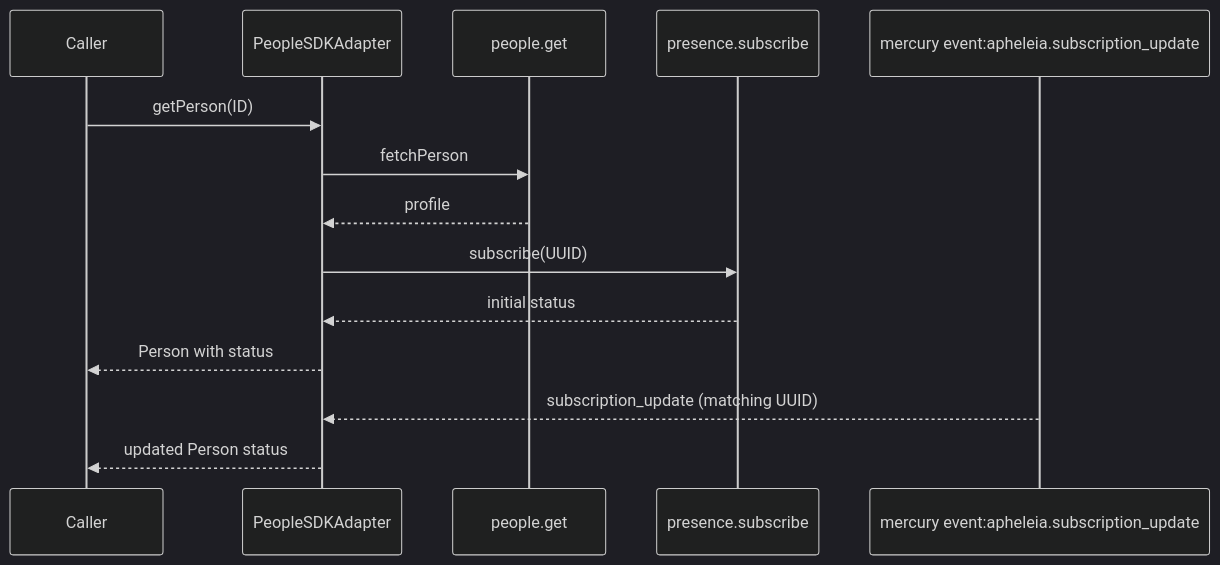
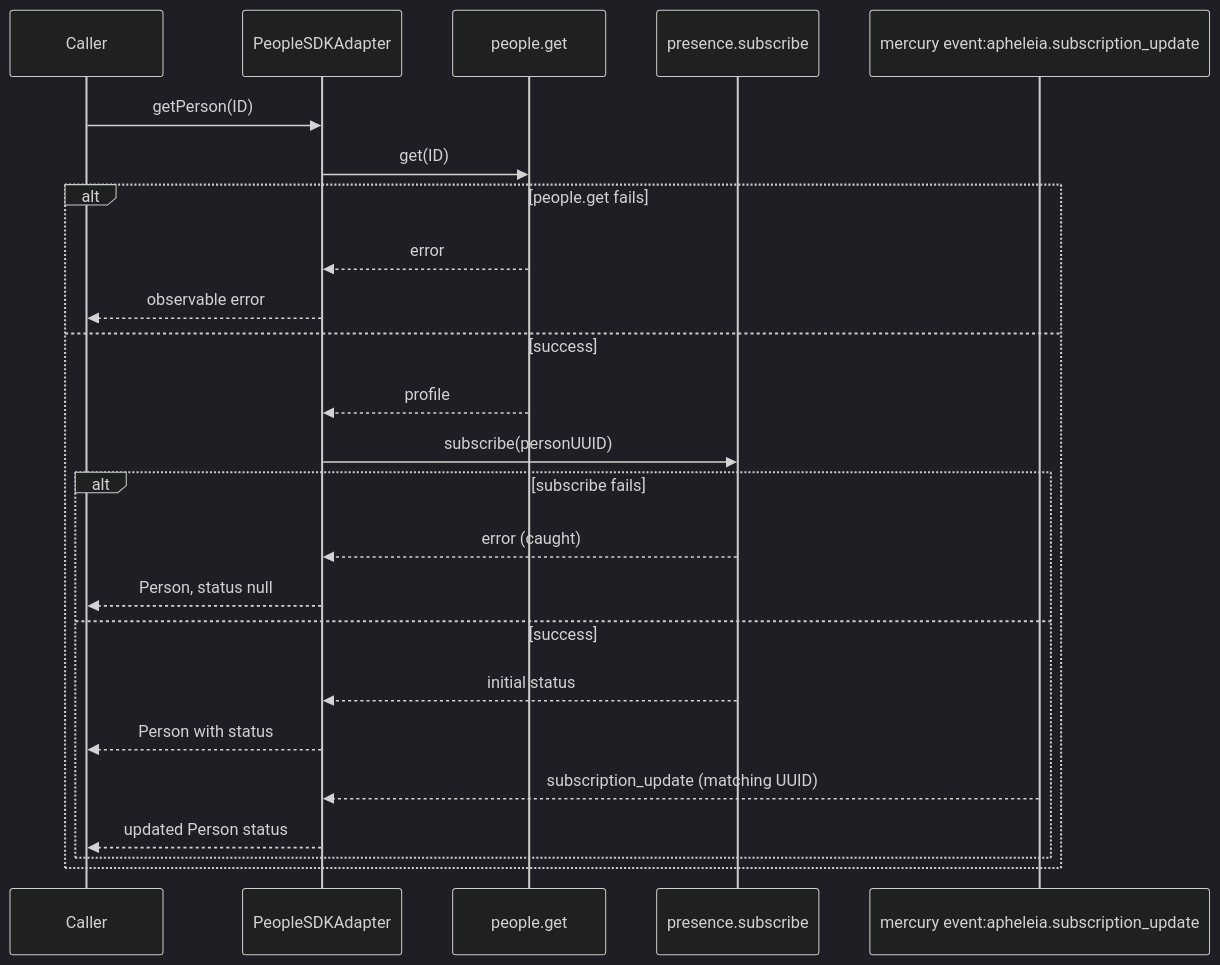
One commit to webex/sdk-component-adapter changed the third of 5 diagrams in src/ai-docs/people-sdk-adapter-spec.md. Above: the diagram before and after it, drawn with Mermaid (dark theme). The commit also changed other lines of this file and 13 other files, not shown here.

````diff
--- a/src/ai-docs/people-sdk-adapter-spec.md
+++ b/src/ai-docs/people-sdk-adapter-spec.md
@@ -124,17 +158,27 @@
 ```mermaid
 sequenceDiagram
   participant Caller
   participant Adapter as PeopleSDKAdapter
   participant People as people.get
   participant Apheleia as presence.subscribe
   participant Mercury as mercury event:apheleia.subscription_update
 
   Caller->>Adapter: getPerson(ID)
-  Adapter->>People: fetchPerson
-  People-->>Adapter: profile
-  Adapter->>Apheleia: subscribe(UUID)
-  Apheleia-->>Adapter: initial status
-  Adapter-->>Caller: Person with status
-  Mercury-->>Adapter: subscription_update (matching UUID)
-  Adapter-->>Caller: updated Person status
+  Adapter->>People: get(ID)
+  alt people.get fails
+    People-->>Adapter: error
+    Adapter-->>Caller: observable error
+  else success
+    People-->>Adapter: profile
+    Adapter->>Apheleia: subscribe(personUUID)
+    alt subscribe fails
+      Apheleia-->>Adapter: error (caught)
+      Adapter-->>Caller: Person, status null
+    else success
+      Apheleia-->>Adapter: initial status
+      Adapter-->>Caller: Person with status
+      Mercury-->>Adapter: subscription_update (matching UUID)
+      Adapter-->>Caller: updated Person status
+    end
+  end
 ```
````
